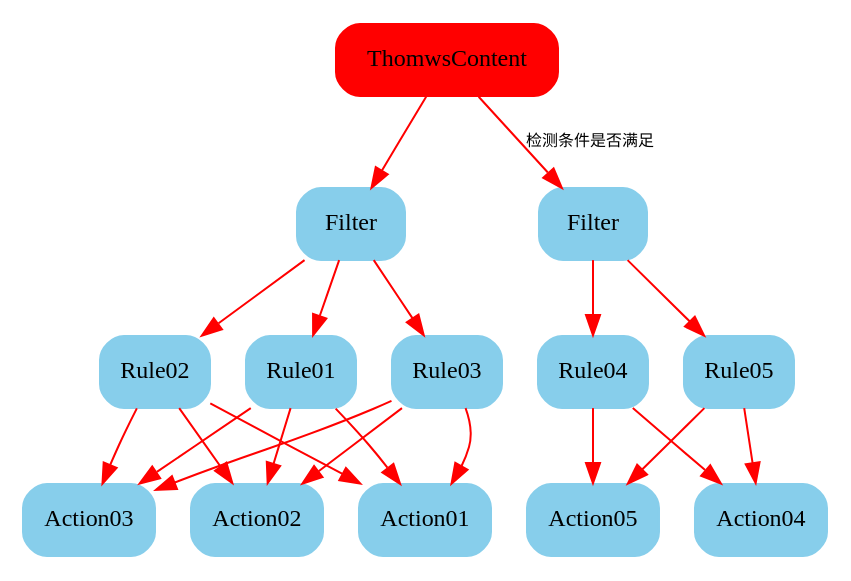
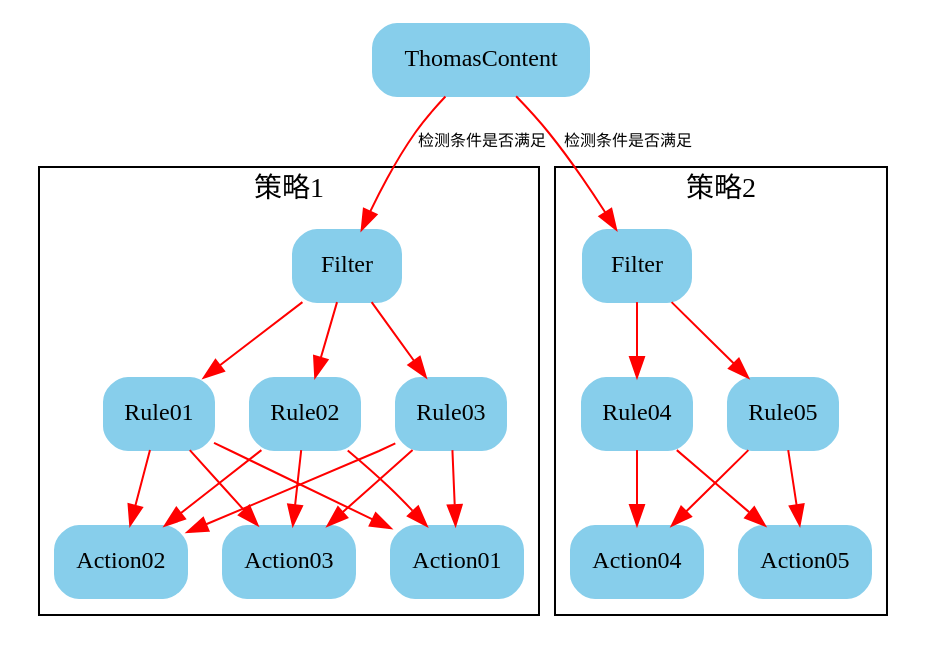
One commit to lys091112/doc changed the second of 5 diagrams in util/records/tool/markdown-view.md. Above: the diagram before and after it, drawn with Graphviz. The commit also changed other lines of this file and 10 other files, not shown here.

````diff
--- a/util/records/tool/markdown-view.md
+++ b/util/records/tool/markdown-view.md
@@ -39,47 +40,52 @@
 ```dot
-
 digraph G{
 
 node[fontname = "Microsoft YaHei", fontsize = 12, shape = "Mrecord", color="skyblue", style="filled"]
 edge[fontname = "Microsoft YaHei", fontsize = 8, color="red" ]
 
     // 执行单元1
-    A -> B 
-    B -> D
-    B -> E
-    B -> F
-    D -> I
-    D -> J
-    D -> K
-    E -> I
-    E -> J
-    E -> K
-    F -> I
-    F -> J
-    F -> K
+    A -> B[label="检测条件是否满足"]
+    subgraph cluster0 {
+        B -> D
+        B -> E
+        B -> F
+        D -> I
+        D -> J
+        D -> K
+        E -> I
+        E -> J
+        E -> K
+        F -> I
+        F -> J
+        F -> K
+        label="策略1"
+    }
 
 // 执行单元 2
     A -> C[label="检测条件是否满足"]
-    C -> G
-    C -> H
-    G -> L
-    H -> L
-    G -> M
-    H -> M
+    subgraph cluster1 {
+        C -> G
+        C -> H
+        G -> L
+        H -> L
+        G -> M
+        H -> M
+        label="策略2"
+    }
 
-A[label="ThomwsContent",color="red",style=filled];
+A[label="ThomasContent"]
 B[label="Filter"]
 C[label="Filter"]
 D[label="Rule01"]
 E[label="Rule02"]
 F[label="Rule03"]
 G[label="Rule04"]
 H[label="Rule05"]
 I[label="Action01"]
 J[label="Action02"]
 K[label="Action03"]
 L[label="Action04"]
 M[label="Action05"]
 }
 
 ```
````
